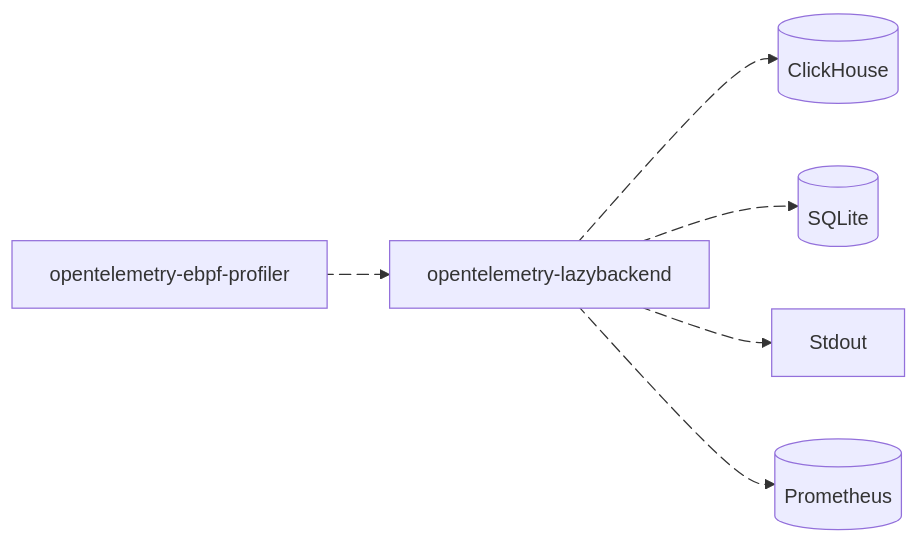
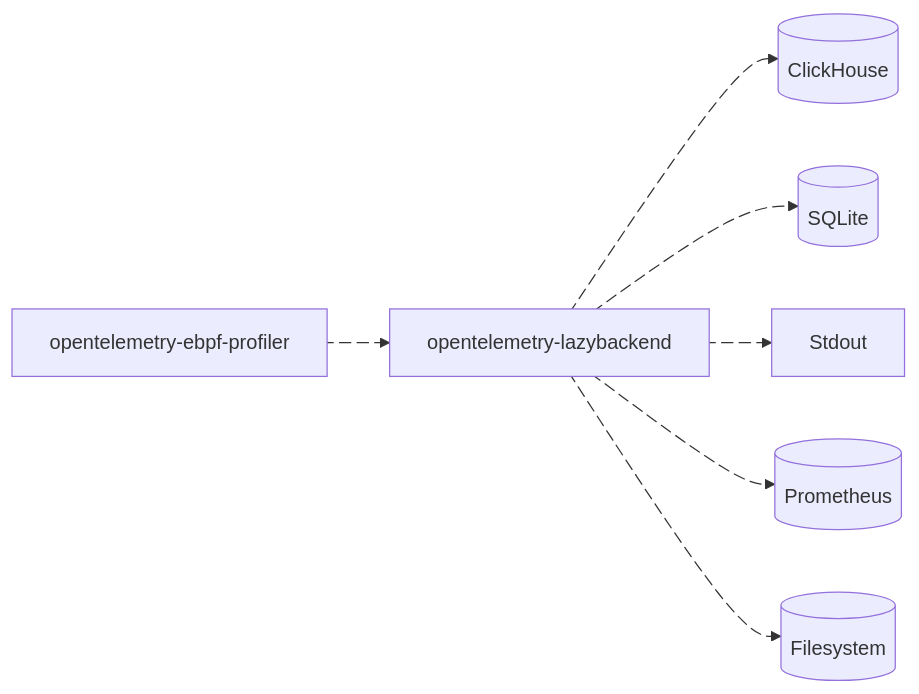
Before and after one commit to danielpacak/opentelemetry-lazybackend: the diagram in README.md, drawn with Mermaid. The commit also changed other lines of this file and 4 other files, not shown here.

````diff
--- a/README.md
+++ b/README.md
@@ -10,21 +10,24 @@
 ``` mermaid
 flowchart LR
   opentelemetry-ebpf-profiler
   opentelemetry-lazybackend
   clickhouse@{ shape: cyl, label: "ClickHouse" }
   sqlite@{ shape: cyl, label: "SQLite" }
+  filesystem@{ shape: cyl, label: "Filesystem" }
   stdout["Stdout"]
   prometheus@{ shape: cyl, label: "Prometheus" }
 
   opentelemetry-ebpf-profiler e1@--> opentelemetry-lazybackend
   opentelemetry-lazybackend e2@--> clickhouse
   opentelemetry-lazybackend e3@--> sqlite
   opentelemetry-lazybackend e4@--> stdout
   opentelemetry-lazybackend e5@--> prometheus
+  opentelemetry-lazybackend e6@--> filesystem
 
   e1@{ animate: true }
   e2@{ animate: true }
   e3@{ animate: true }
   e4@{ animate: true }
   e5@{ animate: true }
+  e6@{ animate: true }
 ```
````
